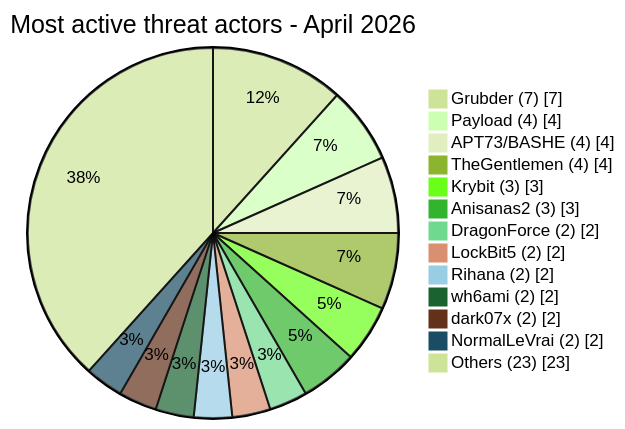
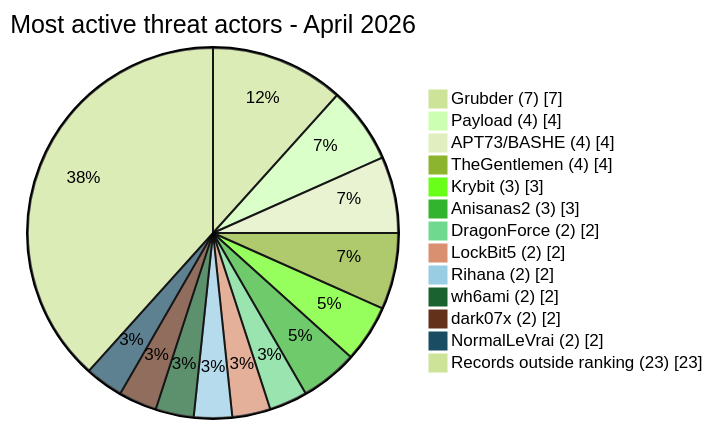
One commit to Hatchepsoute/AFRINTEL changed the fifth of 5 diagrams in CyberAttackAfrica/2026/04-april/README.md. Above: the diagram before and after it, drawn with Mermaid (forest theme). The commit also changed other lines of this file and 39 other files, not shown here.

````diff
--- a/CyberAttackAfrica/2026/04-april/README.md
+++ b/CyberAttackAfrica/2026/04-april/README.md
@@ -270,17 +270,17 @@
 ```mermaid
 pie showData
  title Most active threat actors - April 2026
  "Grubder (7)" : 7
  "Payload (4)" : 4
  "APT73/BASHE (4)" : 4
  "TheGentlemen (4)" : 4
  "Krybit (3)" : 3
  "Anisanas2 (3)" : 3
  "DragonForce (2)" : 2
  "LockBit5 (2)" : 2
  "Rihana (2)" : 2
  "wh6ami (2)" : 2
  "dark07x (2)" : 2
  "NormalLeVrai (2)" : 2
- "Others (23)" : 23
+ "Records outside ranking (23)" : 23
 ```
````
